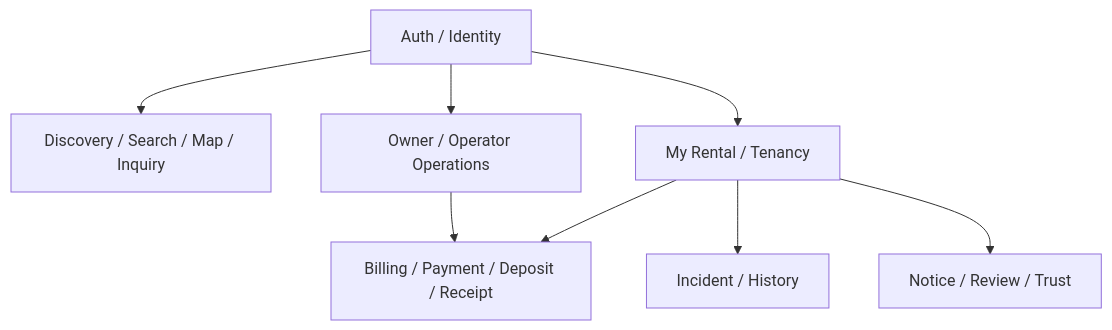
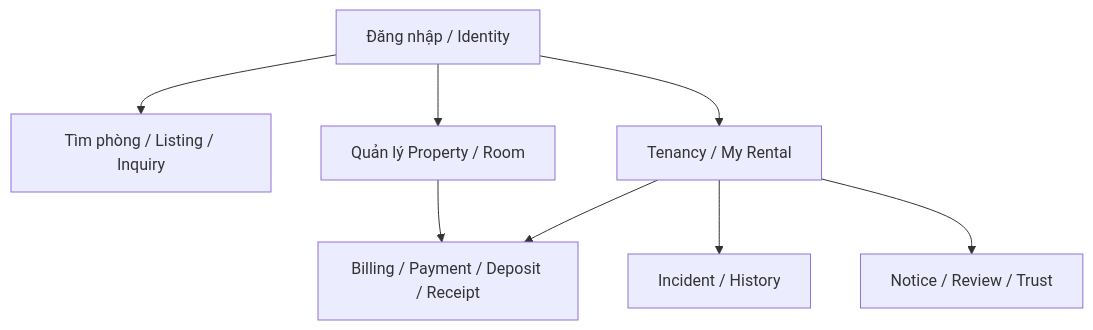
The second of 2 diagrams in docs/contexts/layers/frontend.md (Danh20100/moibile_app), drawn with Mermaid before and after one commit. The commit also changed other lines of this file and 9 other files, not shown here.

````diff
--- a/docs/contexts/layers/frontend.md
+++ b/docs/contexts/layers/frontend.md
@@ -47,18 +35,18 @@
 ```mermaid
 flowchart TB
-    AUTH[Auth / Identity]
-    DISC[Discovery / Search / Map / Inquiry]
-    OPS[Owner / Operator Operations]
-    RENT[My Rental / Tenancy]
-    FIN[Billing / Payment / Deposit / Receipt]
-    INC[Incident / History]
-    TRUST[Notice / Review / Trust]
+    AUTH["Đăng nhập / Identity"]
+    DISC["Tìm phòng / Listing / Inquiry"]
+    OWNER["Quản lý Property / Room"]
+    RENT["Tenancy / My Rental"]
+    FIN["Billing / Payment / Deposit / Receipt"]
+    INC["Incident / History"]
+    TRUST["Notice / Review / Trust"]
 
     AUTH --> DISC
-    AUTH --> OPS
+    AUTH --> OWNER
     AUTH --> RENT
-    OPS --> FIN
+    OWNER --> FIN
     RENT --> FIN
     RENT --> INC
     RENT --> TRUST
 ```
````
